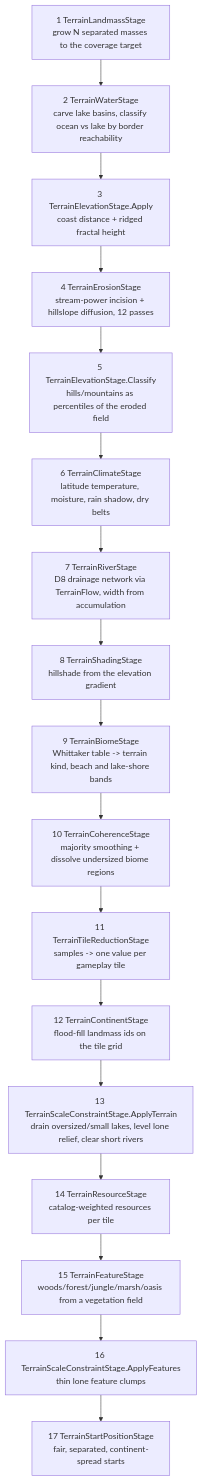
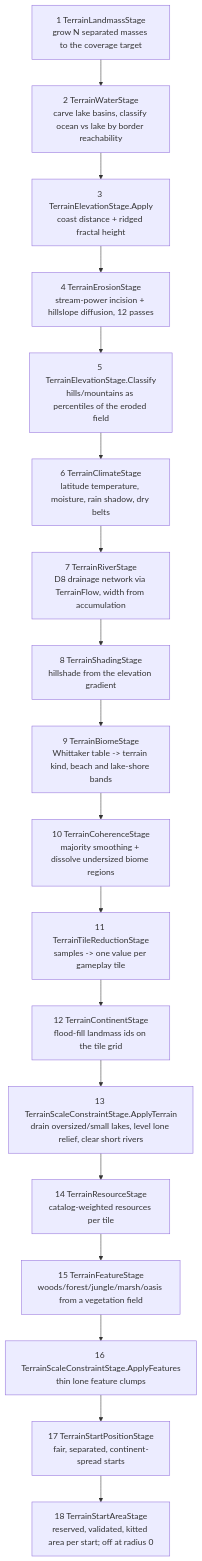
Before and after one commit to The-Tech-Idea/Beep.Godot: the second of 3 diagrams in docs/terrain-engine/DEVELOPER_GUIDE.md, drawn with Mermaid. The commit also changed other lines of this file and 213 other files, not shown here.

````diff
--- a/docs/terrain-engine/DEVELOPER_GUIDE.md
+++ b/docs/terrain-engine/DEVELOPER_GUIDE.md
@@ -54,19 +54,20 @@
 ```mermaid
 flowchart TB
     L[1 TerrainLandmassStage<br/>grow N separated masses to the coverage target] --> W[2 TerrainWaterStage<br/>carve lake basins, classify ocean vs lake by border reachability]
     W --> E[3 TerrainElevationStage.Apply<br/>coast distance + ridged fractal height]
     E --> ER[4 TerrainErosionStage<br/>stream-power incision + hillslope diffusion, 12 passes]
     ER --> EC[5 TerrainElevationStage.Classify<br/>hills/mountains as percentiles of the eroded field]
     EC --> C[6 TerrainClimateStage<br/>latitude temperature, moisture, rain shadow, dry belts]
     C --> R[7 TerrainRiverStage<br/>D8 drainage network via TerrainFlow, width from accumulation]
     R --> S[8 TerrainShadingStage<br/>hillshade from the elevation gradient]
     S --> B[9 TerrainBiomeStage<br/>Whittaker table -> terrain kind, beach and lake-shore bands]
     B --> CO[10 TerrainCoherenceStage<br/>majority smoothing + dissolve undersized biome regions]
     CO --> TR[11 TerrainTileReductionStage<br/>samples -> one value per gameplay tile]
     TR --> CT[12 TerrainContinentStage<br/>flood-fill landmass ids on the tile grid]
     CT --> SC1[13 TerrainScaleConstraintStage.ApplyTerrain<br/>drain oversized/small lakes, level lone relief, clear short rivers]
     SC1 --> RS[14 TerrainResourceStage<br/>catalog-weighted resources per tile]
     RS --> F[15 TerrainFeatureStage<br/>woods/forest/jungle/marsh/oasis from a vegetation field]
     F --> SC2[16 TerrainScaleConstraintStage.ApplyFeatures<br/>thin lone feature clumps]
     SC2 --> SP[17 TerrainStartPositionStage<br/>fair, separated, continent-spread starts]
+    SP --> SA[18 TerrainStartAreaStage<br/>reserved, validated, kitted area per start; off at radius 0]
 ```
````
